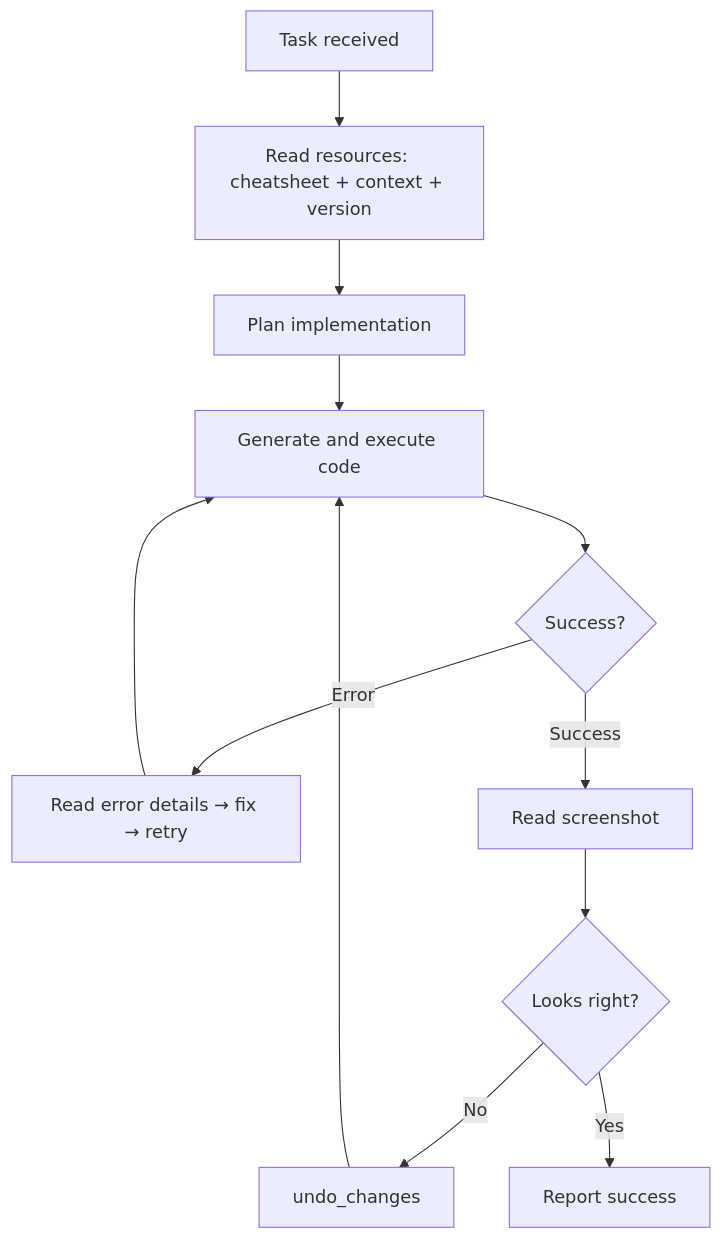
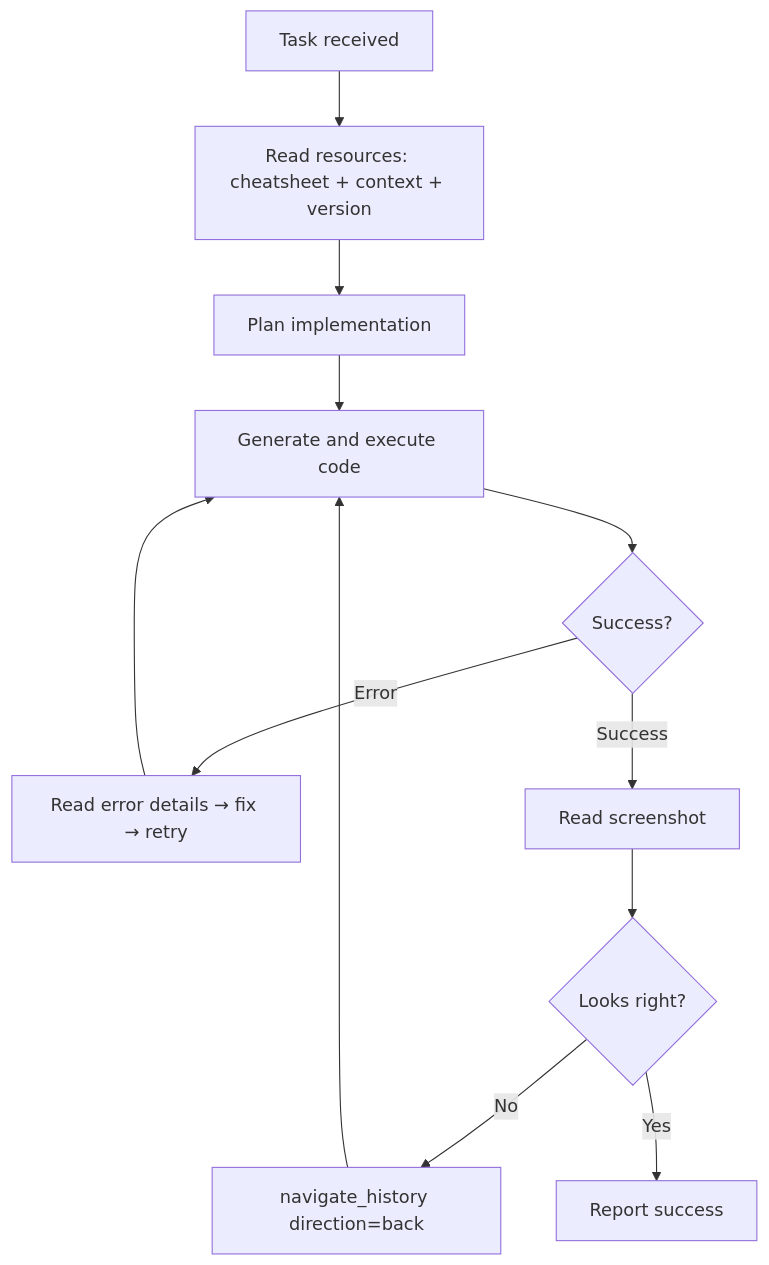
Before and after one commit to trgiangv/RevitDevTool: the fourth of 4 diagrams in docs/MCP/workflows.md, drawn with Mermaid. The commit also changed other lines of this file and 13 other files, not shown here.

First line of the commit message:
refactor(agents): unify undo/redo into navigate_history + add integration test workflow

````diff
--- a/docs/MCP/workflows.md
+++ b/docs/MCP/workflows.md
@@ -70,14 +70,14 @@
 ```mermaid
 flowchart TD
     Start[Task received] --> Read[Read resources: cheatsheet + context + version]
     Read --> Plan[Plan implementation]
     Plan --> Code[Generate and execute code]
     Code --> Check{Success?}
     Check -->|Error| Fix[Read error details → fix → retry]
     Fix --> Code
     Check -->|Success| Verify[Read screenshot]
     Verify --> Visual{Looks right?}
-    Visual -->|No| Undo[undo_changes]
+    Visual -->|No| Undo[navigate_history direction=back]
     Undo --> Code
     Visual -->|Yes| Done[Report success]
 ```
````
